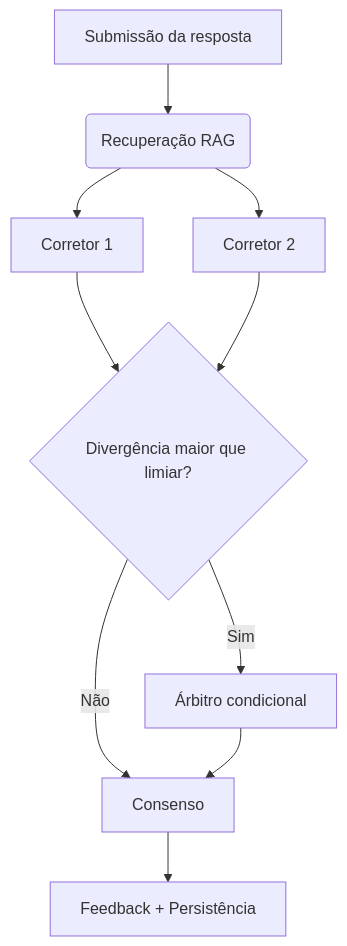
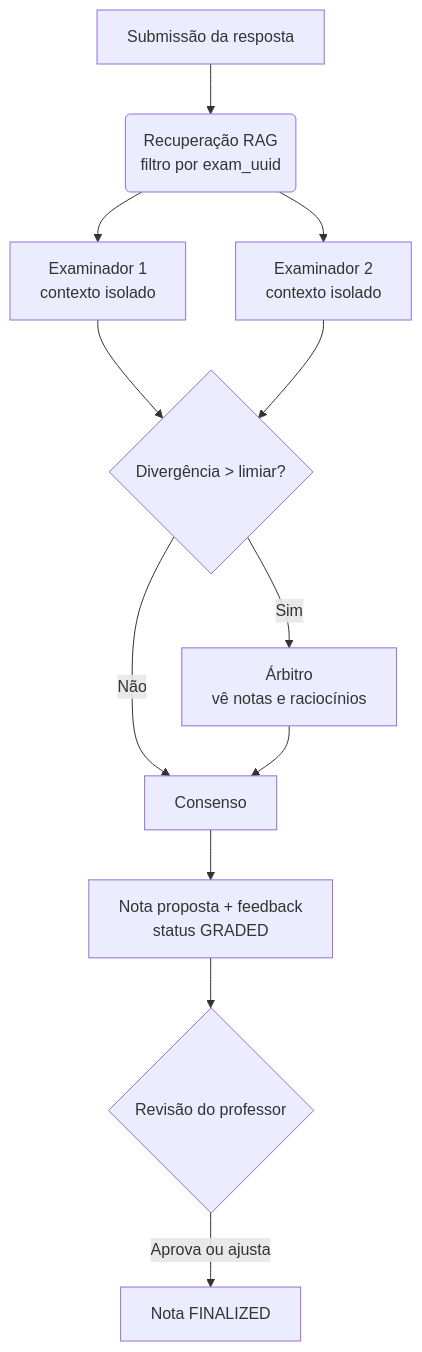
Before and after one commit to savinoo/ai-grading-system: the diagram in README.md, drawn with Mermaid. The commit also changed other lines of this file, not shown here.

````diff
--- a/README.md
+++ b/README.md
@@ -58,12 +54,14 @@
 ```mermaid
 graph TD
-    A[Submissão da resposta] --> B(Recuperação RAG)
-    B --> C1[Corretor 1]
-    B --> C2[Corretor 2]
-    C1 --> D{Divergência maior que limiar?}
+    A[Submissão da resposta] --> B(Recuperação RAG<br/>filtro por exam_uuid)
+    B --> C1[Examinador 1<br/>contexto isolado]
+    B --> C2[Examinador 2<br/>contexto isolado]
+    C1 --> D{Divergência > limiar?}
     C2 --> D
-    D -->|Sim| E[Árbitro condicional]
+    D -->|Sim| E[Árbitro<br/>vê notas e raciocínios]
     D -->|Não| F[Consenso]
     E --> F
-    F --> G[Feedback + Persistência]
+    F --> G[Nota proposta + feedback<br/>status GRADED]
+    G --> H{Revisão do professor}
+    H -->|Aprova ou ajusta| I[Nota FINALIZED]
 ```
````
